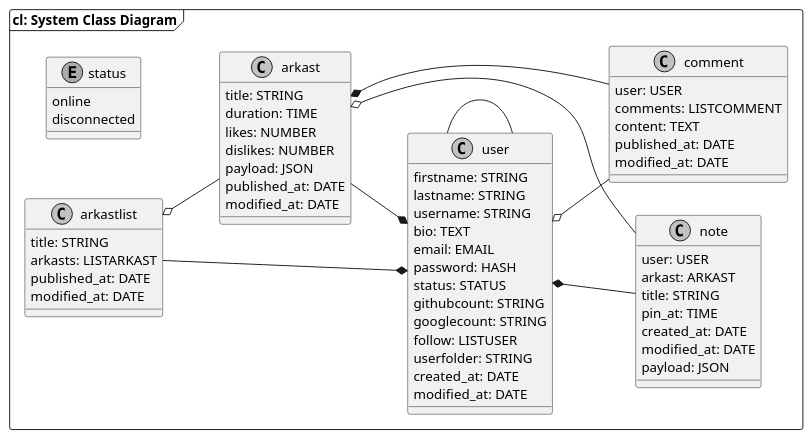
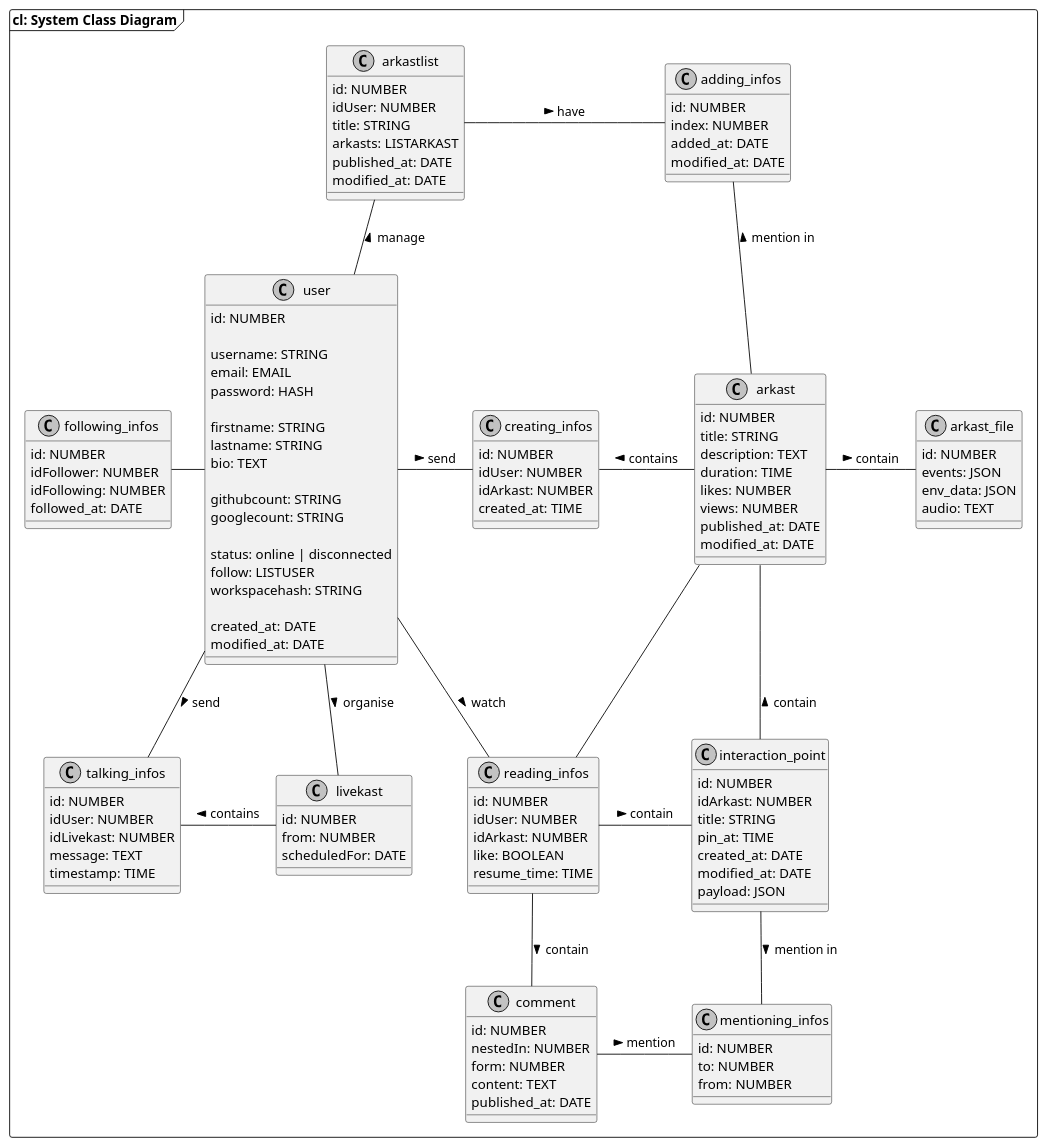
Before and after one commit to SSMM0498/arkad-conception: the diagram in models/4.Class/3.system.puml, drawn with PlantUML. The commit also changed 1 other file, not shown here.

Commit message:
update system data model

```diff
--- a/models/4.Class/3.system.puml
+++ b/models/4.Class/3.system.puml
@@ -1,73 +1,144 @@
 @startuml "System Class Diagram"
-left to right direction
 skinparam shadowing false
 skinparam monochrome true
 
 frame "cl: System Class Diagram" {
     class user {
+        id: NUMBER
+
+        username: STRING
+        email: EMAIL
+        password: HASH
+
         firstname: STRING
         lastname: STRING
-        username: STRING
         bio: TEXT
-        email: EMAIL
-        password: HASH
-        status: STATUS
+        
         githubcount: STRING
         googlecount: STRING
+        
+        status: online | disconnected
         follow: LISTUSER
-        userfolder: STRING
+        workspacehash: STRING
+        
         created_at: DATE
         modified_at: DATE
     }
 
-    enum status {
-        online
-        disconnected
-    }
 
     class arkast {
+        id: NUMBER
         title: STRING
+        description: TEXT
         duration: TIME
         likes: NUMBER
-        dislikes: NUMBER
-        payload: JSON
+        views: NUMBER
         published_at: DATE
         modified_at: DATE
     }
+    
+    class livekast {
+        id: NUMBER
+        from: NUMBER
+        scheduledFor: DATE
+    }
 
-    class note {
-        user: USER
-        arkast: ARKAST
+    class arkast_file {
+        id: NUMBER
+        events: JSON
+        env_data: JSON
+        audio: TEXT
+    }
+    
+    class creating_infos {
+        id: NUMBER
+        idUser: NUMBER
+        idArkast: NUMBER
+        created_at: TIME
+    }
+    
+    class reading_infos {
+        id: NUMBER
+        idUser: NUMBER
+        idArkast: NUMBER
+        like: BOOLEAN
+        resume_time: TIME
+    }
+    
+    class talking_infos {
+        id: NUMBER
+        idUser: NUMBER
+        idLivekast: NUMBER
+        message: TEXT
+        timestamp: TIME
+    }
+
+    class interaction_point {
+        id: NUMBER
+        idArkast: NUMBER
         title: STRING
         pin_at: TIME
         created_at: DATE
         modified_at: DATE
         payload: JSON
     }
-
+    
+    class comment {
+        id: NUMBER
+        nestedIn: NUMBER
+        form: NUMBER
+        content: TEXT
+        published_at: DATE
+    }
+    
     class arkastlist {
+        id: NUMBER
+        idUser: NUMBER
         title: STRING
         arkasts: LISTARKAST
         published_at: DATE
         modified_at: DATE
     }
 
-    class comment {
-        user: USER
-        comments: LISTCOMMENT
-        content: TEXT
-        published_at: DATE
+    class adding_infos {
+        id: NUMBER
+        index: NUMBER
+        added_at: DATE
         modified_at: DATE
     }
 
-    user -- user
-    arkastlist --* user
-    arkast o-- note
-    arkastlist o-- arkast
-    user o-- comment
-    arkast *-- comment
-    arkast --* user
-    user *-- note
+
+    class following_infos {
+        id: NUMBER
+        idFollower: NUMBER
+        idFollowing: NUMBER
+        followed_at: DATE
+    }
+    
+    class mentioning_infos {
+        id: NUMBER
+        to: NUMBER
+        from: NUMBER
+    }
+
+    user -left- following_infos
+    arkast -right- arkast_file : contain >
+    ' user -right- arkast : manage >
+    user -down- livekast : organise >
+    user -down- reading_infos : watch >
+    talking_infos -right- livekast : contains <
+    arkast -down- reading_infos
+    user -right- creating_infos : send >
+    user -down- talking_infos : send >
+    creating_infos -right- arkast : contains <
+    user -up- arkastlist : manage >
+    adding_infos -left- arkastlist : have <
+    adding_infos -down- arkast : mention in <
+    reading_infos -down- comment : contain >
+    reading_infos -right- interaction_point : contain >
+    interaction_point -up- arkast : contain >
+    interaction_point -down- mentioning_infos : mention in >
+    comment -right- mentioning_infos : mention >
 }
 
 @enduml
```
